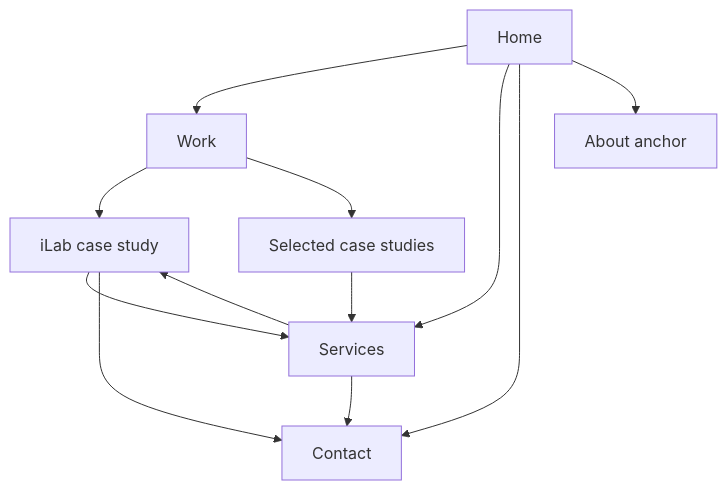
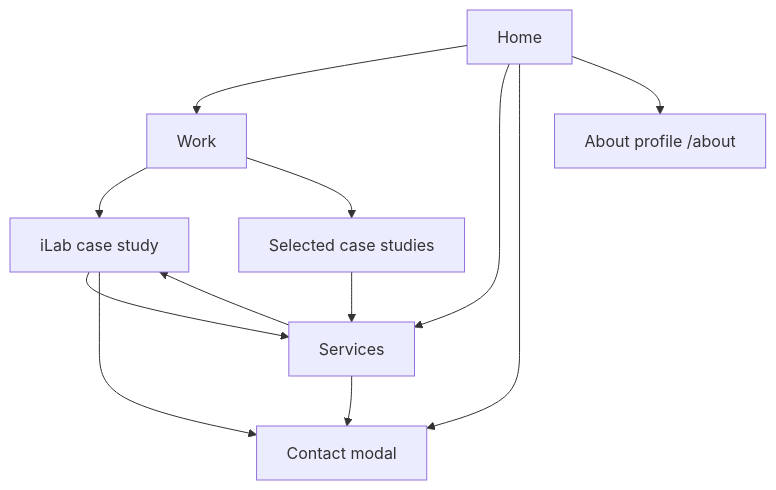
The diagram in docs/PROJECT_PLAN.md (askoldas/askold-homepage), drawn with Mermaid before and after one commit. The commit also changed other lines of this file and 192 other files, not shown here.

````diff
--- a/docs/PROJECT_PLAN.md
+++ b/docs/PROJECT_PLAN.md
@@ -35,14 +110,14 @@
 ```mermaid
 graph TD
   H[Home] --> W[Work]
   H --> S[Services]
-  H --> C[Contact]
-  H --> A[About anchor]
+  H --> C[Contact modal]
+  H --> A[About profile /about]
   W --> I[iLab case study]
   W --> P[Selected case studies]
   I --> S
   I --> C
   P --> S
   S --> I
   S --> C
 ```
````
